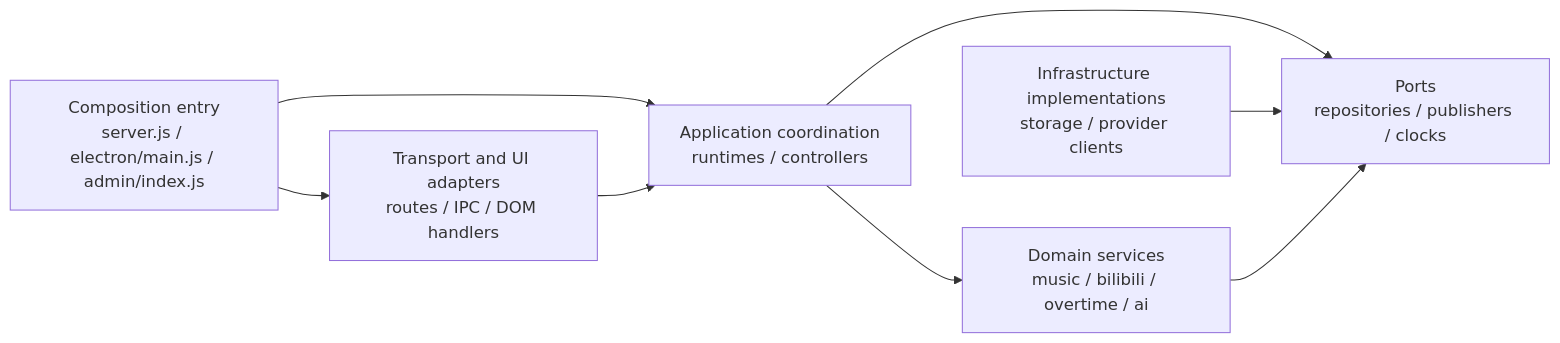
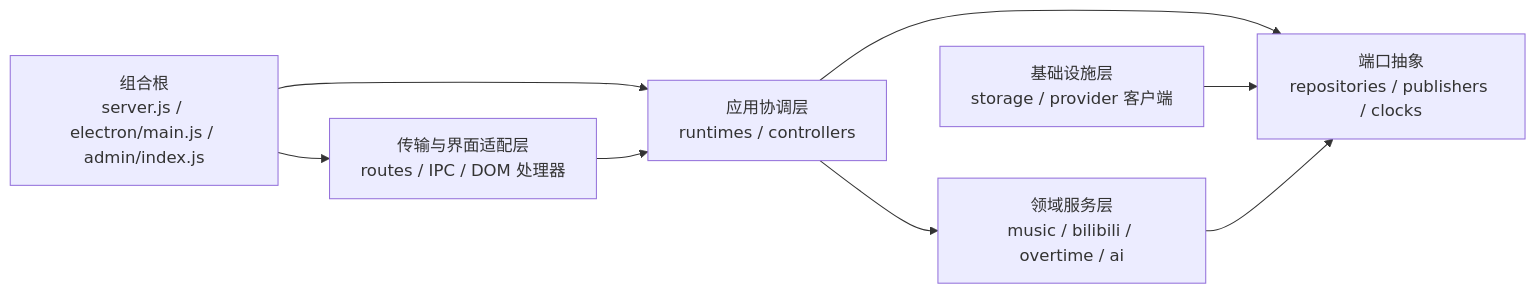
One commit to AuroraWhisperer/LIRA changed the diagram in docs/architecture/engineering/modularity-standard.md. Above: the diagram before and after it, drawn with Mermaid. The commit also changed other lines of this file and 204 other files, not shown here.

````diff
--- a/docs/architecture/engineering/modularity-standard.md
+++ b/docs/architecture/engineering/modularity-standard.md
@@ -27,10 +19,10 @@
 ```mermaid
 flowchart LR
-  Entrypoint["Composition entry\nserver.js / electron/main.js / admin/index.js"] --> Transport["Transport and UI adapters\nroutes / IPC / DOM handlers"]
-  Entrypoint --> Application["Application coordination\nruntimes / controllers"]
+  Entrypoint["组合根\nserver.js / electron/main.js / admin/index.js"] --> Transport["传输与界面适配层\nroutes / IPC / DOM 处理器"]
+  Entrypoint --> Application["应用协调层\nruntimes / controllers"]
   Transport --> Application
-  Application --> Domain["Domain services\nmusic / bilibili / overtime / ai"]
-  Application --> Ports["Ports\nrepositories / publishers / clocks"]
-  Storage["Infrastructure implementations\nstorage / provider clients"] --> Ports
+  Application --> Domain["领域服务层\nmusic / bilibili / overtime / ai"]
+  Application --> Ports["端口抽象\nrepositories / publishers / clocks"]
+  Storage["基础设施层\nstorage / provider 客户端"] --> Ports
   Domain --> Ports
 ```
````
